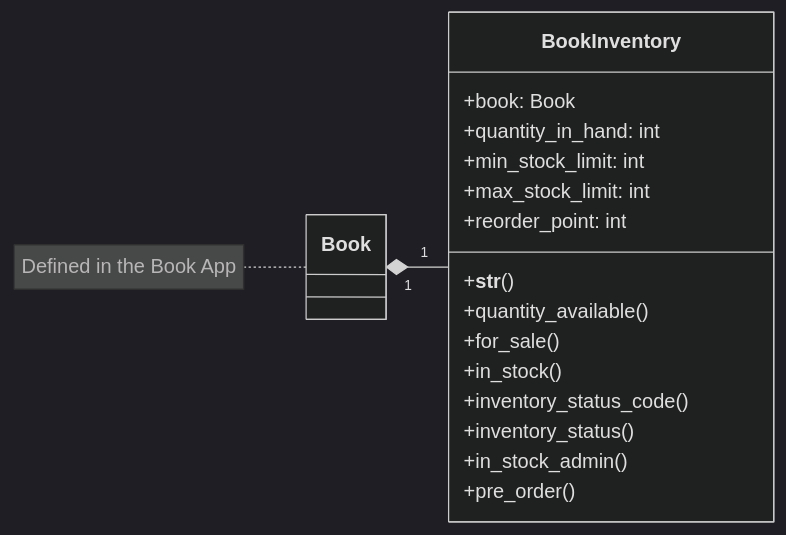
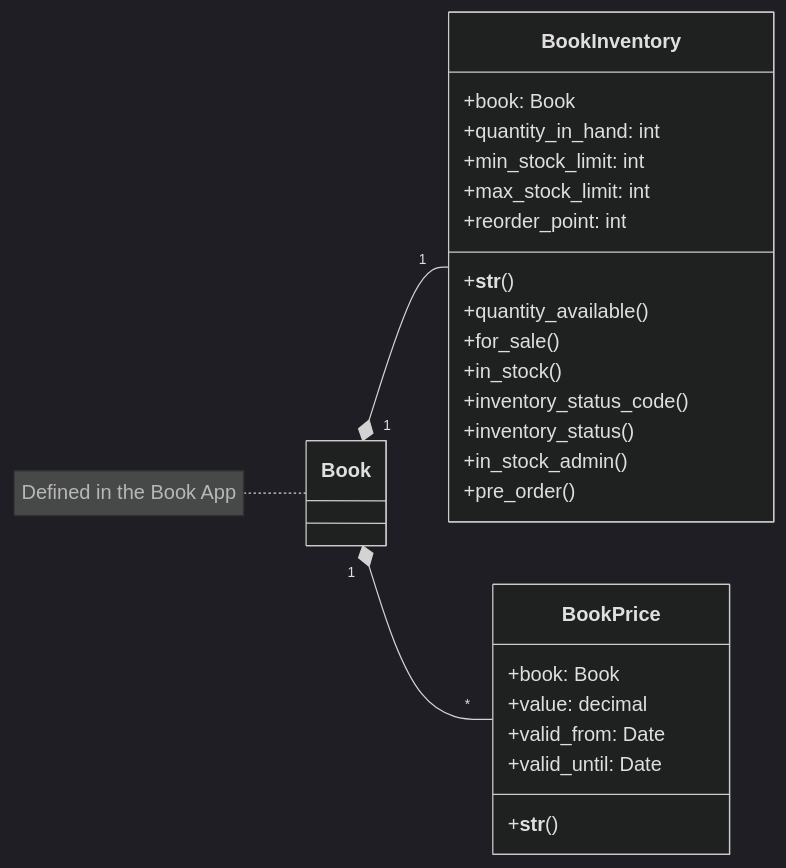
Before and after one commit to marketulinek/bookishop: the diagram in docs/models/store.md, drawn with Mermaid (dark theme). The commit also changed 3 other files, not shown here.

````diff
--- a/docs/models/store.md
+++ b/docs/models/store.md
@@ -2,22 +2,30 @@
 ```mermaid
 classDiagram
     direction LR
     class Book
     note for Book "Defined in the Book App"
+    class BookPrice{
+        +book: Book
+        +value: decimal
+        +valid_from: Date
+        +valid_until: Date
+        +__str__()
+    }
     class BookInventory{
         +book: Book
         +quantity_in_hand: int
         +min_stock_limit: int
         +max_stock_limit: int
         +reorder_point: int
         +__str__()
         +quantity_available()
         +for_sale()
         +in_stock()
         +inventory_status_code()
         +inventory_status()
         +in_stock_admin()
         +pre_order()
     }
     Book "1" *-- "1" BookInventory
+    Book "1" *-- "*" BookPrice
 ```
````
